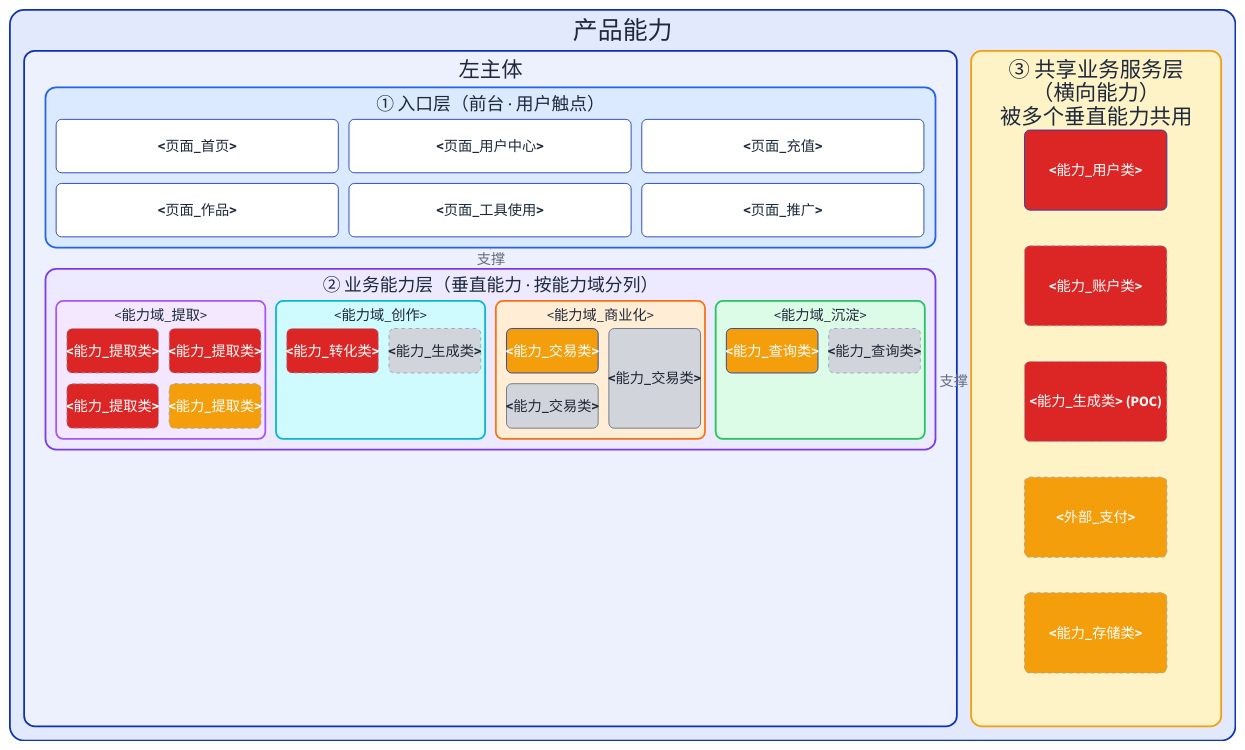
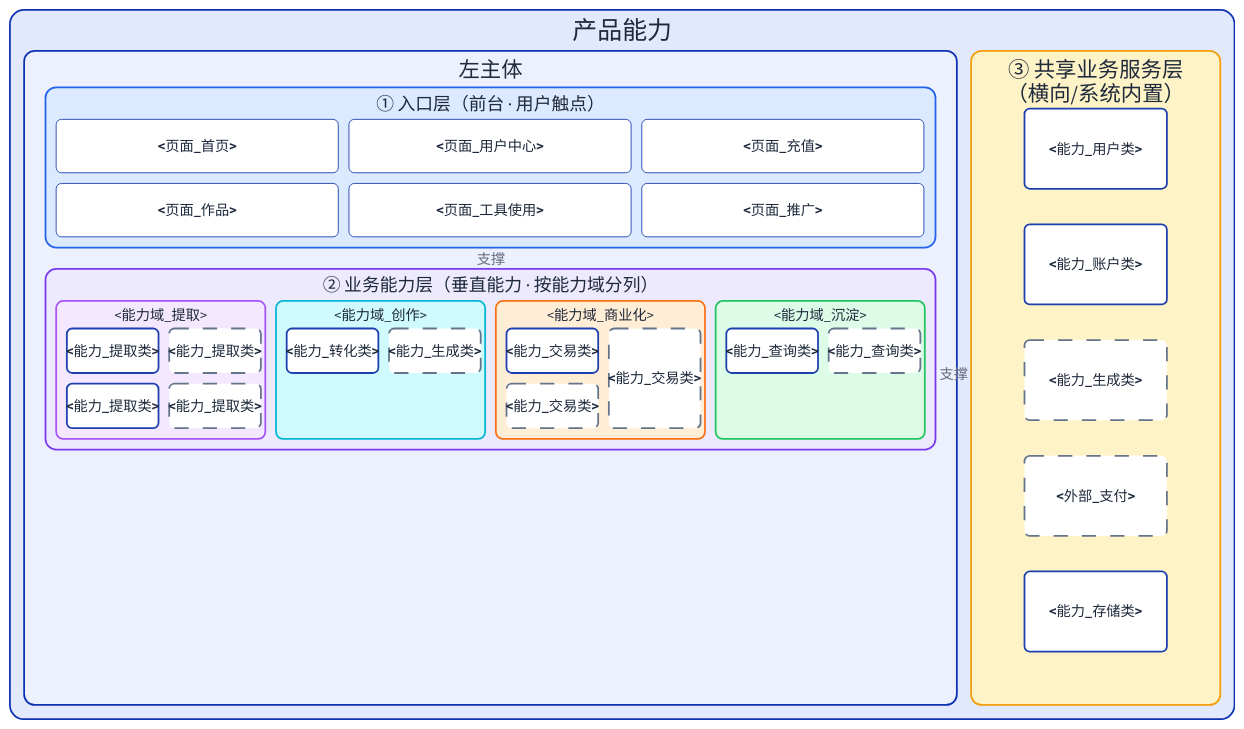
One commit to syllr/skills changed the second of 2 diagrams in skills/doc-arch-rules/references/templates/L1/PRODUCT.template.md. Above: the diagram before and after it, drawn with D2. The commit also changed other lines of this file and 1 other file, not shown here.

First line of the commit message:
refactor(doc-arch-rules): PRODUCT 能力图改单通道状态线型，落实评审 6 条优化

````diff
--- a/skills/doc-arch-rules/references/templates/L1/PRODUCT.template.md
+++ b/skills/doc-arch-rules/references/templates/L1/PRODUCT.template.md
@@ -79,13 +105,13 @@
 ```d2
 # 图标准元信息 · 中文注释
 # 图名: 产品能力架构图（Product Capability Architecture Map）
-# 视角: 逻辑视图（能力分层 × 状态 × 优先级）
-# 用途: 产品功能全貌 + 分层支撑 + 实现状态 + 投资优先级
-# 反映的问题: 产品有哪些能力、能力在哪层、做到哪一步、先做哪个
+# 视角: 逻辑视图（能力分层 × 状态）
+# 用途: 产品功能全貌 + 分层支撑 + 实现状态
+# 反映的问题: 产品有哪些能力、能力在哪层、做到哪一步
 # 边界: 产品层不画技术底座（数据存储/消息/网络/缓存归 TECHNOLOGY-ARCHITECTURE）
-# 说明: 节点 id（h1/c1/s1 等）仅技术标识，与功能名无关；c7 缺失为历史遗留编号
-# 校验: 能力节点数（业务能力层+共享业务服务层，不含入口层）== §2.2 表行数，一能力一行；一能力多 Action 在对应 Action 单元格内顿号并列
-# 编码: 见本 rule 画图规范（线型=状态/颜色=优先级）
+# 说明: 节点 id（h1/c1/s1 等）仅技术标识，与功能名无关；能力状态为「已实现（含本迭代）/ 待规划」
+# 校验: 业务能力层节点数 == §2.2 表「类型=业务能力」行数，一能力一行；共享业务服务层聚合节点 == §2.2 表「类型=系统内置/横向」行数；能力 → Action 映射详见 DOMAIN-MODEL §3（SSOT）
+# 编码: 线型=状态（实线=已实现含本迭代、虚线=待规划）、入口层白底实线不参与编码——编码规则见 §2.0 图例图，图内不画图例
 
 vars: {
   d2-config: {
@@ -118,41 +144,41 @@
     }
 
     业务能力层: {
-      # 业务能力层 · 垂直能力按能力域分列，线型=状态/颜色=优先级
+      # 业务能力层 · 垂直能力按能力域分列，线型=状态（实线=已实现含本迭代、虚线=待规划）
       label: "② 业务能力层（垂直能力 · 按能力域分列）"
       width: 1000; grid-columns: 4; grid-gap: 12; style.fill: "#ede9fe"; style.font-color: "#1e293b"; style.stroke: "#7c3aed"; style.border-radius: 12
       内容获取: { label: "<能力域_提取>"; width: 235; grid-columns: 2; grid-gap: 12; style.fill: "#f3e8ff"; style.font-color: "#1e293b"; style.stroke: "#a855f7"; style.border-radius: 8
-        c1: { label: "<能力_提取类>"; width: 103; height: 50; class: [module; core; planned] }
-        c2: { label: "<能力_提取类>"; width: 103; height: 50; class: [module; core; planned] }
-        c3: { label: "<能力_提取类>"; width: 103; height: 50; class: [module; core; planned] }
-        c4: { label: "<能力_提取类>"; width: 103; height: 50; class: [module; support; planned] }
+        c1: { label: "<能力_提取类>"; width: 103; height: 50; class: [solid] }
+        c2: { label: "<能力_提取类>"; width: 103; height: 50; class: [solid] }
+        c3: { label: "<能力_提取类>"; width: 103; height: 50; class: [dashed] }
+        c4: { label: "<能力_提取类>"; width: 103; height: 50; class: [dashed] }
       }
       内容创作: { label: "<能力域_创作>"; width: 235; grid-columns: 2; grid-gap: 12; style.fill: "#cffafe"; style.font-color: "#1e293b"; style.stroke: "#06b6d4"; style.border-radius: 8
-        c5: { label: "<能力_转化类>"; width: 103; height: 50; class: [module; core; planned] }
-        c6: { label: "<能力_生成类>"; width: 103; height: 50; class: [module; edge; planned] }
+        c5: { label: "<能力_转化类>"; width: 103; height: 50; class: [solid] }
+        c6: { label: "<能力_生成类>"; width: 103; height: 50; class: [dashed] }
       }
       商业化: { label: "<能力域_商业化>"; width: 235; grid-columns: 2; grid-gap: 12; style.fill: "#ffedd5"; style.font-color: "#1e293b"; style.stroke: "#f97316"; style.border-radius: 8
-        c8: { label: "<能力_交易类>"; width: 103; height: 50; class: [module; support] }
-        c9: { label: "<能力_交易类>"; width: 103; height: 50; class: [module; edge] }
-        c10: { label: "<能力_交易类>"; width: 103; height: 50; class: [module; edge] }
+        c8: { label: "<能力_交易类>"; width: 103; height: 50; class: [solid] }
+        c9: { label: "<能力_交易类>"; width: 103; height: 50; class: [dashed] }
+        c10: { label: "<能力_交易类>"; width: 103; height: 50; class: [dashed] }
       }
       作品沉淀: { label: "<能力域_沉淀>"; width: 235; grid-columns: 2; grid-gap: 12; style.fill: "#dcfce7"; style.font-color: "#1e293b"; style.stroke: "#22c55e"; style.border-radius: 8
-        c11: { label: "<能力_查询类>"; width: 103; height: 50; class: [module; support] }
-        c12: { label: "<能力_查询类>"; width: 103; height: 50; class: [module; edge; planned] }
+        c11: { label: "<能力_查询类>"; width: 103; height: 50; class: [solid] }
+        c12: { label: "<能力_查询类>"; width: 103; height: 50; class: [dashed] }
       }
     }
   }
 
   共享业务服务层: {
-    # 共享业务服务层 · 横向原子能力，被多垂直能力共用，右侧竖条支撑左侧主体
-    label: "③ 共享业务服务层\n（横向能力）\n被多个垂直能力共用"
+    # 共享业务服务层 · 横向能力与系统内置底座（被多垂直能力共用 / 开箱自带无管理界面），右侧竖条支撑左侧主体
+    label: "③ 共享业务服务层\n（横向/系统内置）"
     grid-columns: 1
     style.fill: "#fef3c7"; style.font-color: "#1e293b"; style.stroke: "#f59e0b"; style.border-radius: 12
-    s1: { label: "<能力_用户类>"; width: 160; height: 90; class: [module; core] }
-    s2: { label: "<能力_账户类>"; width: 160; height: 90; class: [module; core; planned] }
-    s3: { label: "<能力_生成类> (POC)"; width: 160; height: 90; class: [module; core; planned] }
-    s4: { label: "<外部_支付>"; width: 160; height: 90; class: [module; support; planned] }
-    s5: { label: "<能力_存储类>"; width: 160; height: 90; class: [module; support; planned] }
+    s1: { label: "<能力_用户类>"; width: 160; height: 90; class: [solid] }
+    s2: { label: "<能力_账户类>"; width: 160; height: 90; class: [solid] }
+    s3: { label: "<能力_生成类>"; width: 160; height: 90; class: [dashed] }
+    s4: { label: "<外部_支付>"; width: 160; height: 90; class: [dashed] }
+    s5: { label: "<能力_存储类>"; width: 160; height: 90; class: [solid] }
   }
 }
 
@@ -161,11 +187,9 @@
 产品能力.左主体.业务能力层 -> 产品能力.左主体.入口层: 支撑 { style.stroke: "#7c3aed" }
 
 classes: {
-  # 样式类 · 中文注释：状态与热力叠加
+  # 样式类 · 中文注释：线型表达状态（实线=已实现含本迭代、虚线=待规划）
   module: { style: { border-radius: 6; fill: "#ffffff"; stroke: "#1e40af"; font-color: "#1e293b"; stroke-width: 1 } }
-  planned: { style: { stroke-dash: 4; stroke: "#94a3b8" } }
-  core: { style: { fill: "#dc2626"; font-color: "#ffffff" } }
-  support: { style: { fill: "#f59e0b"; font-color: "#ffffff" } }
-  edge: { style: { fill: "#d1d5db"; font-color: "#1f2937"; stroke: "#6b7280" } }
+  solid: { style: { border-radius: 6; fill: "#ffffff"; stroke: "#1e40af"; font-color: "#1e293b"; stroke-width: 2 } }
+  dashed: { style: { border-radius: 6; fill: "#ffffff"; stroke: "#64748b"; font-color: "#1e293b"; stroke-width: 2; stroke-dash: 8 } }
 }
 ```
````
